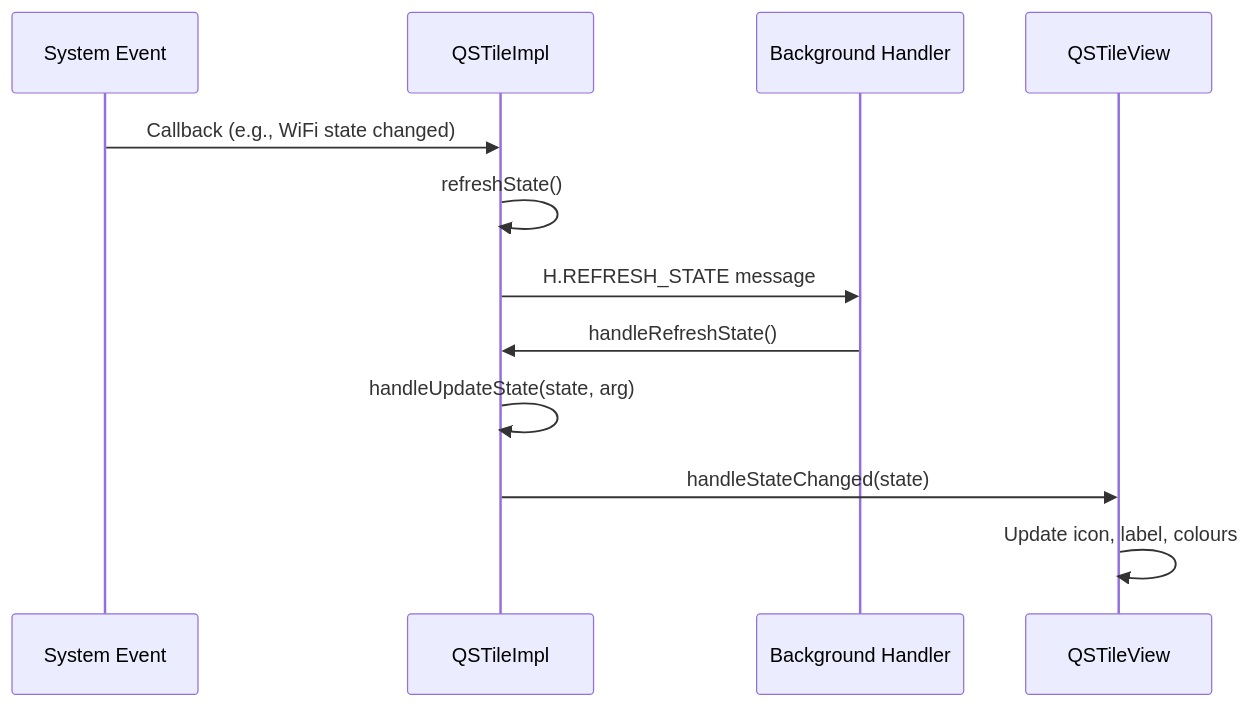
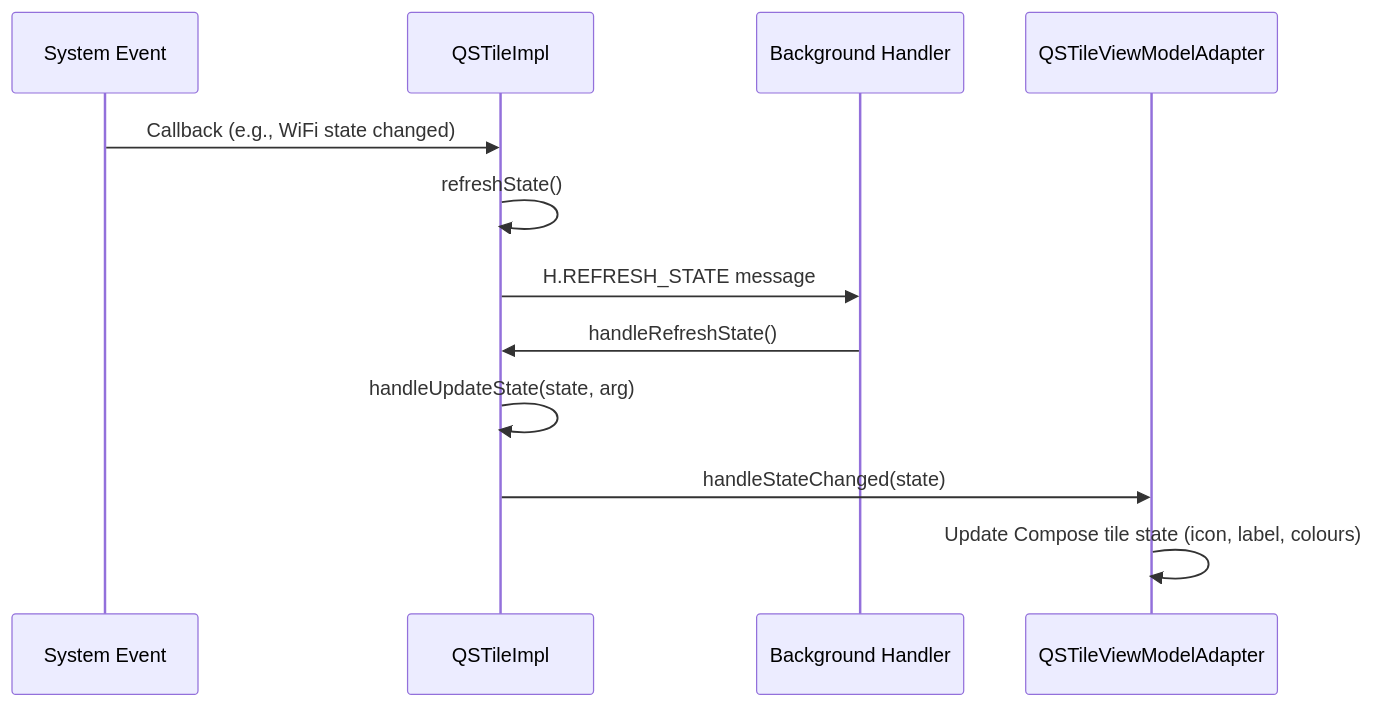
Before and after one commit to aospbooks/aosp-internal-book: the eighth of 31 diagrams in agents/claude/skills/aosp-system-apps/48-systemui.md, drawn with Mermaid. The commit also changed other lines of this file and 218 other files, not shown here.

````diff
--- a/agents/claude/skills/aosp-system-apps/48-systemui.md
+++ b/agents/claude/skills/aosp-system-apps/48-systemui.md
@@ -928,15 +935,15 @@
 ```mermaid
 sequenceDiagram
     participant System as System Event
     participant Tile as QSTileImpl
     participant Handler as Background Handler
-    participant View as QSTileView
+    participant View as QSTileViewModelAdapter
 
     System->>Tile: Callback (e.g., WiFi state changed)
     Tile->>Tile: refreshState()
     Tile->>Handler: H.REFRESH_STATE message
     Handler->>Tile: handleRefreshState()
     Tile->>Tile: handleUpdateState(state, arg)
     Tile->>View: handleStateChanged(state)
-    View->>View: Update icon, label, colours
+    View->>View: Update Compose tile state (icon, label, colours)
 ```
````
